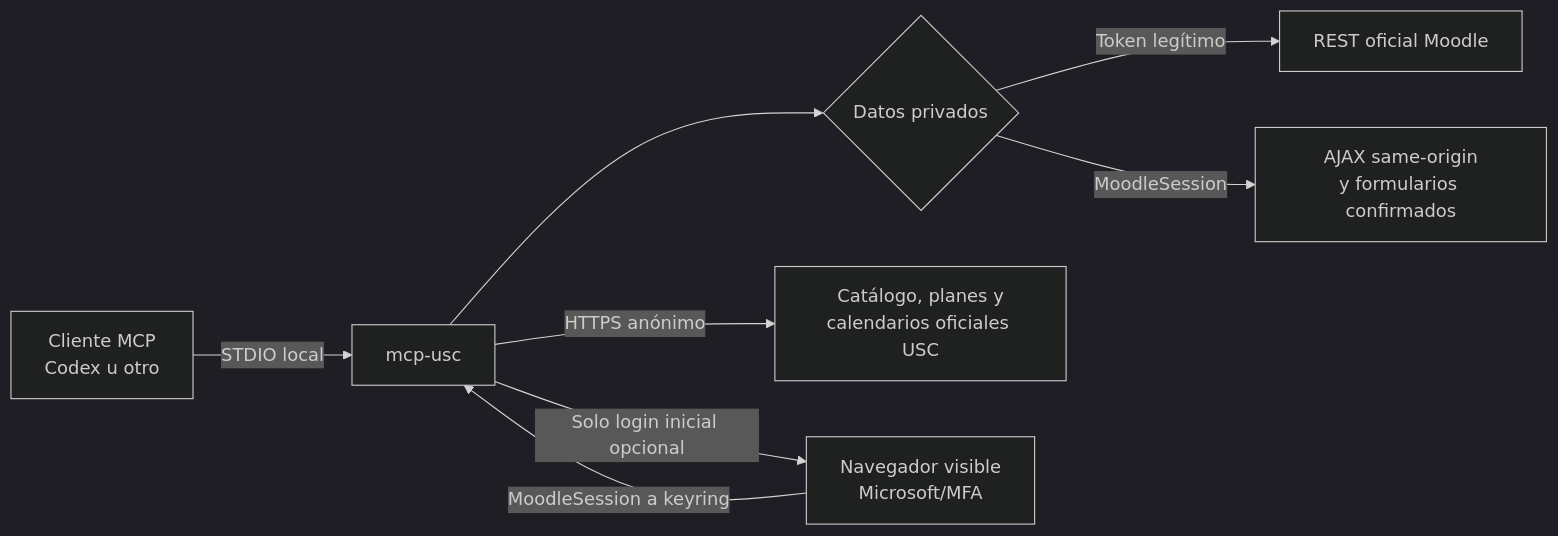
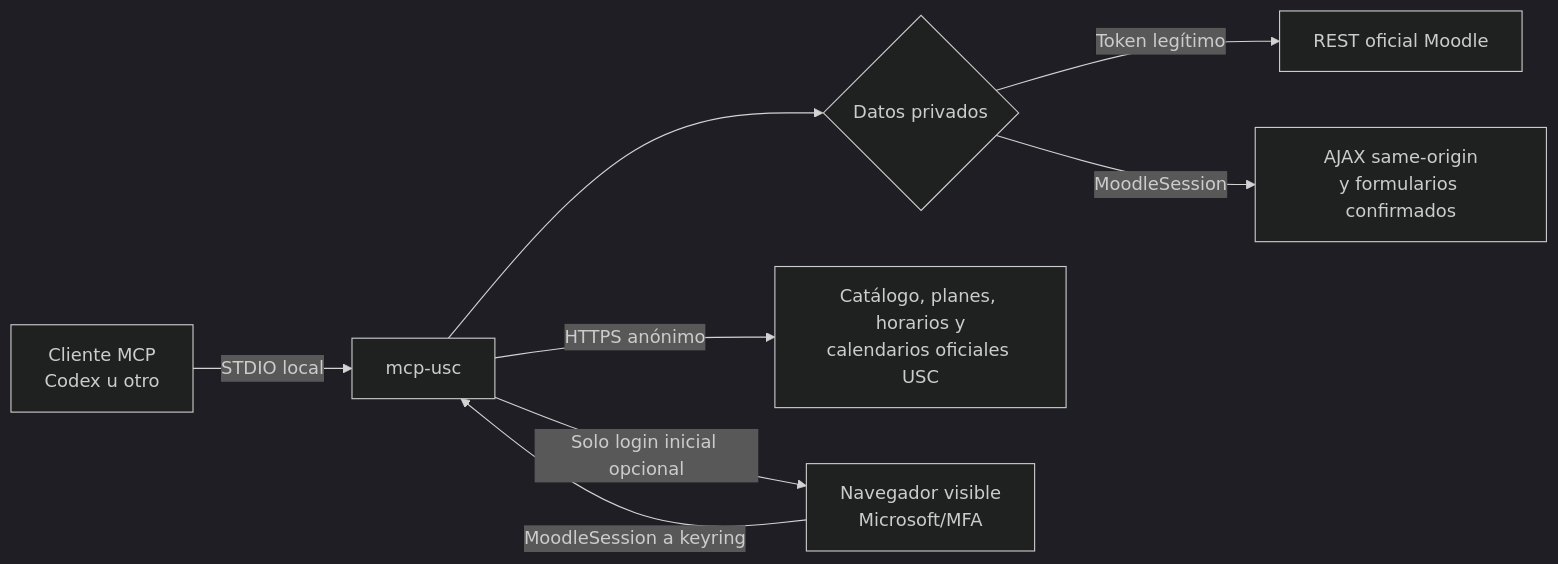
The first of 2 diagrams in docs/architecture.md (PabloPC05/mcp-usc), drawn with Mermaid (dark theme) before and after one commit. The commit also changed other lines of this file and 53 other files, not shown here.

````diff
--- a/docs/architecture.md
+++ b/docs/architecture.md
@@ -10,10 +10,10 @@
 ```mermaid
 flowchart LR
     A[Cliente MCP\nCodex u otro] -->|STDIO local| B[mcp-usc]
     B --> C{Datos privados}
     C -->|Token legítimo| D[REST oficial Moodle]
     C -->|MoodleSession| E[AJAX same-origin\ny formularios confirmados]
-    B -->|HTTPS anónimo| F[Catálogo, planes y\ncalendarios oficiales USC]
+    B -->|HTTPS anónimo| F[Catálogo, planes, horarios y\ncalendarios oficiales USC]
     B -->|Solo login inicial opcional| G[Navegador visible\nMicrosoft/MFA]
     G -->|MoodleSession a keyring| B
 ```
````
